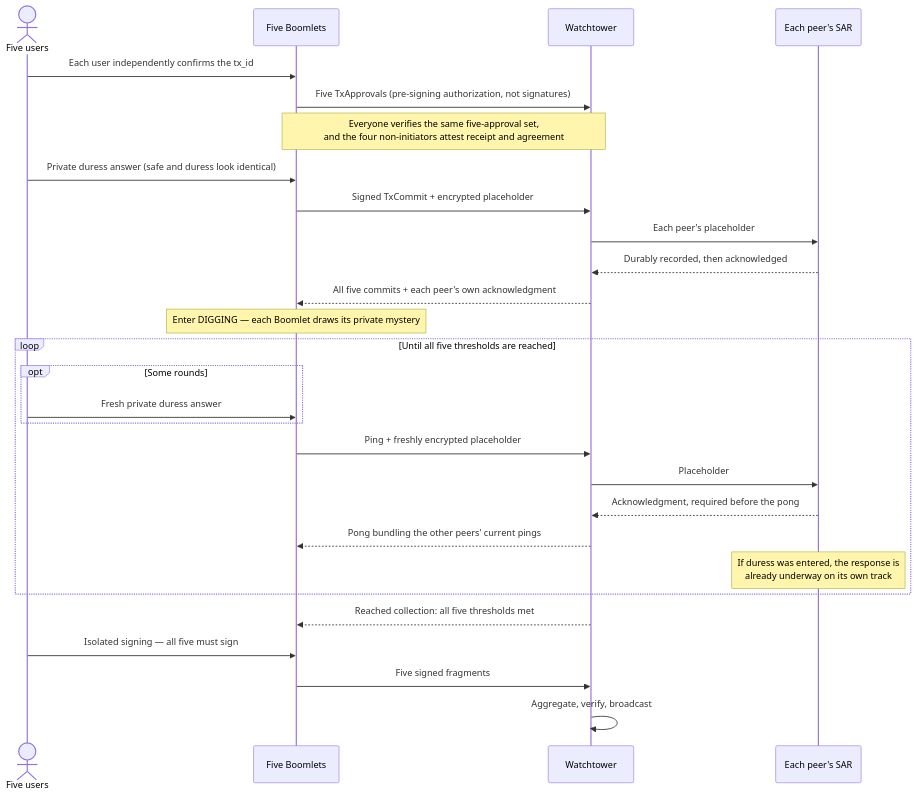
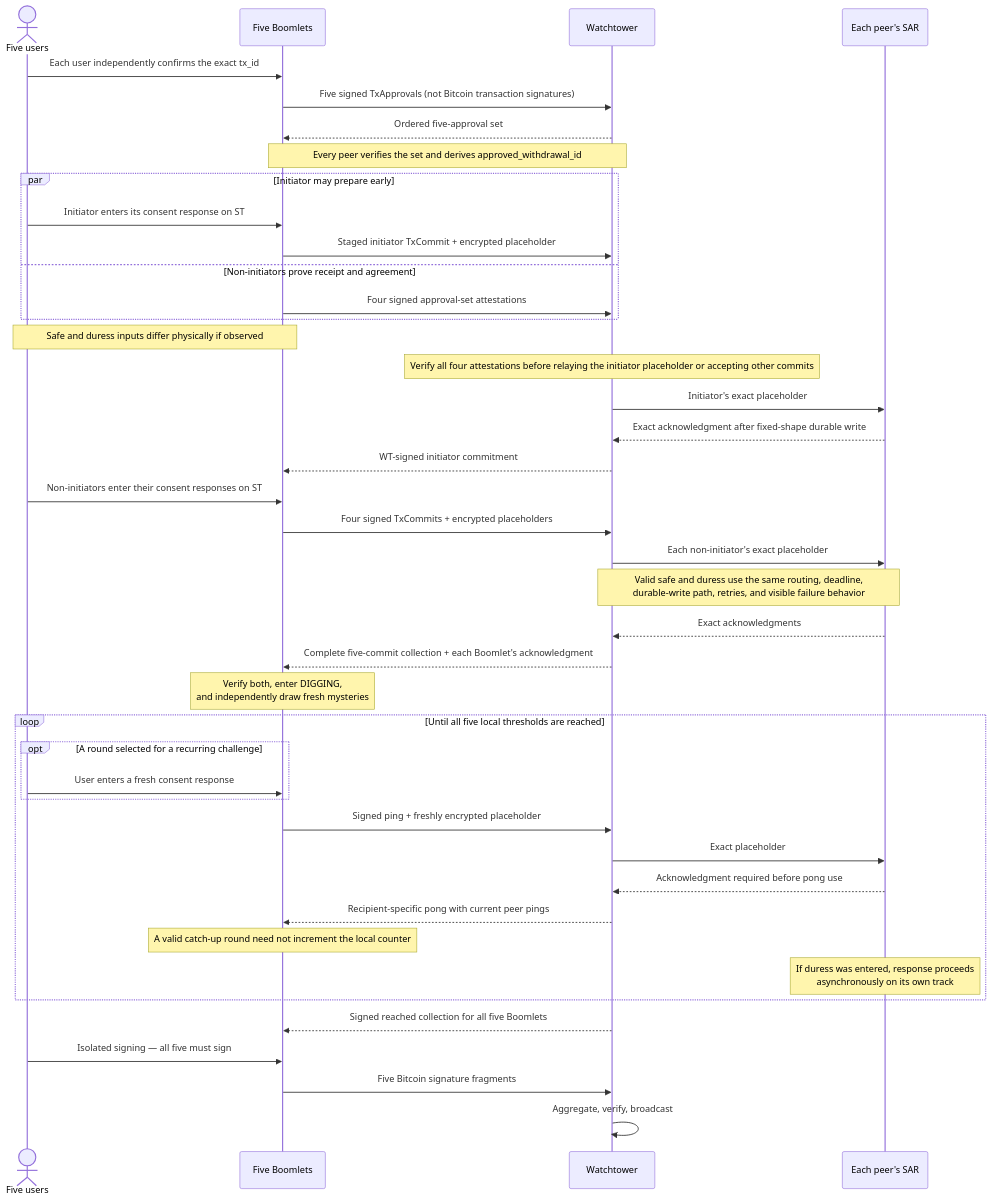
Before and after one commit to cogwheel26/boomerang_design: the first of 3 diagrams in DESIGN.md, drawn with Mermaid. The commit also changed other lines of this file and 2 other files, not shown here.

````diff
--- a/DESIGN.md
+++ b/DESIGN.md
@@ -304,33 +309,49 @@
 ```mermaid
 sequenceDiagram
     actor U as Five users
     participant B as Five Boomlets
     participant WT as Watchtower
     participant SAR as Each peer's SAR
 
-    U->>B: Each user independently confirms the tx_id
-    B->>WT: Five TxApprovals (pre-signing authorization, not signatures)
-    Note over B,WT: Everyone verifies the same five-approval set,<br/>and the four non-initiators attest receipt and agreement
-    U->>B: Private duress answer (safe and duress look identical)
-    B->>WT: Signed TxCommit + encrypted placeholder
-    WT->>SAR: Each peer's placeholder
-    SAR-->>WT: Durably recorded, then acknowledged
-    WT-->>B: All five commits + each peer's own acknowledgment
-    Note over B: Enter DIGGING — each Boomlet draws its private mystery
+    U->>B: Each user independently confirms the exact tx_id
+    B->>WT: Five signed TxApprovals (not Bitcoin transaction signatures)
+    WT-->>B: Ordered five-approval set
+    Note over B,WT: Every peer verifies the set and derives approved_withdrawal_id
 
-    loop Until all five thresholds are reached
-        opt Some rounds
-            U->>B: Fresh private duress answer
+    par Initiator may prepare early
+        U->>B: Initiator enters its consent response on ST
+        B->>WT: Staged initiator TxCommit + encrypted placeholder
+    and Non-initiators prove receipt and agreement
+        B->>WT: Four signed approval-set attestations
+    end
+    Note over U,B: Safe and duress inputs differ physically if observed
+    Note over WT: Verify all four attestations before relaying the initiator placeholder or accepting other commits
+    WT->>SAR: Initiator's exact placeholder
+    SAR-->>WT: Exact acknowledgment after fixed-shape durable write
+    WT-->>B: WT-signed initiator commitment
+
+    U->>B: Non-initiators enter their consent responses on ST
+    B->>WT: Four signed TxCommits + encrypted placeholders
+    WT->>SAR: Each non-initiator's exact placeholder
+    Note over WT,SAR: Valid safe and duress use the same routing, deadline,<br/>durable-write path, retries, and visible failure behavior
+    SAR-->>WT: Exact acknowledgments
+    WT-->>B: Complete five-commit collection + each Boomlet's acknowledgment
+    Note over B: Verify both, enter DIGGING,<br/>and independently draw fresh mysteries
+
+    loop Until all five local thresholds are reached
+        opt A round selected for a recurring challenge
+            U->>B: User enters a fresh consent response
         end
-        B->>WT: Ping + freshly encrypted placeholder
-        WT->>SAR: Placeholder
-        SAR-->>WT: Acknowledgment, required before the pong
-        WT-->>B: Pong bundling the other peers' current pings
-        Note over SAR: If duress was entered, the response is<br/>already underway on its own track
+        B->>WT: Signed ping + freshly encrypted placeholder
+        WT->>SAR: Exact placeholder
+        SAR-->>WT: Acknowledgment required before pong use
+        WT-->>B: Recipient-specific pong with current peer pings
+        Note over B: A valid catch-up round need not increment the local counter
+        Note over SAR: If duress was entered, response proceeds<br/>asynchronously on its own track
     end
 
-    WT-->>B: Reached collection: all five thresholds met
+    WT-->>B: Signed reached collection for all five Boomlets
     U->>B: Isolated signing — all five must sign
-    B->>WT: Five signed fragments
+    B->>WT: Five Bitcoin signature fragments
     WT->>WT: Aggregate, verify, broadcast
 ```
````
